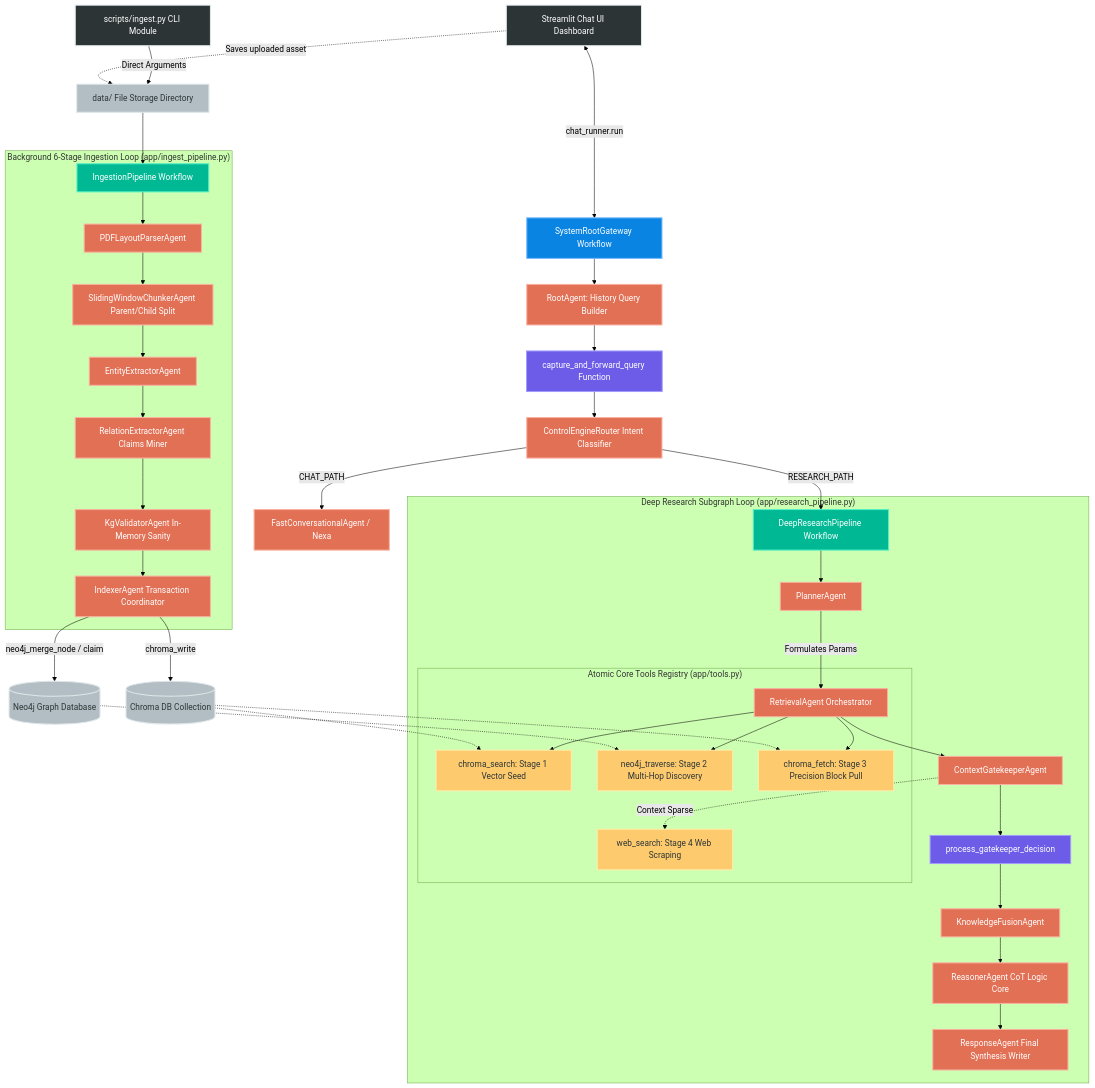
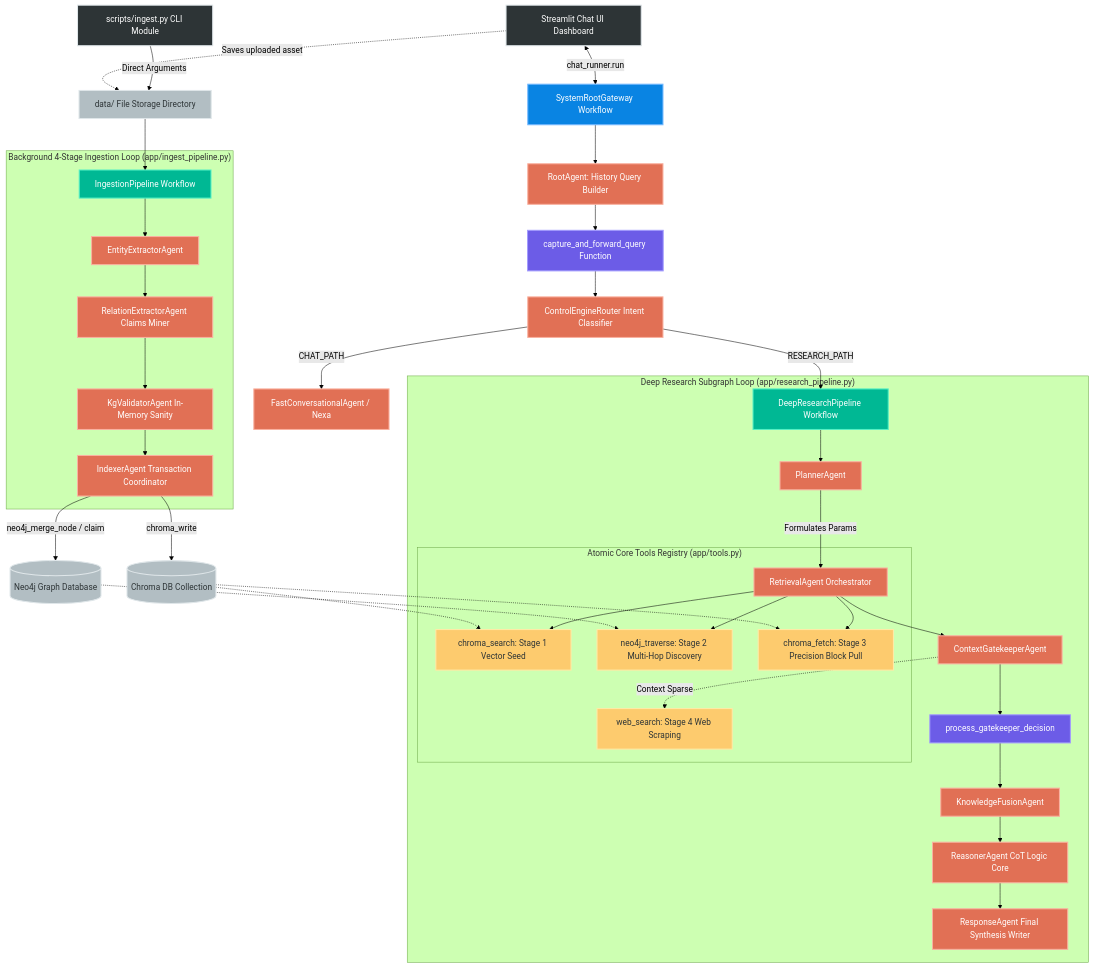
Before and after one commit to ranapratapmajee/nexusmind-adk: the first of 2 diagrams in README.md, drawn with Mermaid (forest theme). The commit also changed other lines of this file and 9 other files, not shown here.

````diff
--- a/README.md
+++ b/README.md
@@ -35,66 +39,64 @@
 ```mermaid
 graph TD
     %% Component Style Classes
     classDef client fill:#2d3436,stroke:#dfe6e9,stroke-width:2px,color:#fff;
     classDef orchestrator fill:#0984e3,stroke:#74b9ff,stroke-width:2px,color:#fff;
     classDef control fill:#6c5ce7,stroke:#a29bfe,stroke-width:2px,color:#fff;
     classDef workflow fill:#00b894,stroke:#55efc4,stroke-width:2px,color:#fff;
     classDef agent fill:#e17055,stroke:#fab1a0,stroke-width:2px,color:#fff;
     classDef tool fill:#fdcb6e,stroke:#ffeaa7,stroke-width:2px,color:#2d3436;
     classDef storage fill:#b2bec3,stroke:#dfe6e9,stroke-width:2px,color:#2d3436;
 
     %% Presentation Layer
     UI[Streamlit Chat UI Dashboard]:::client <--> |chat_runner.run| RootGateway[SystemRootGateway Workflow]:::orchestrator
     CLI[scripts/ingest.py CLI Module]:::client --> |Direct Arguments| DataFolder[data/ File Storage Directory]:::storage
     UI -.-> |Saves uploaded asset| DataFolder
 
     %% Gateway Routing Subsystem
     RootGateway --> RootAgent[RootAgent: History Query Builder]:::agent
     RootAgent --> Interceptor[capture_and_forward_query Function]:::control
     Interceptor --> Router[ControlEngineRouter Intent Classifier]:::agent
     
     Router --> |CHAT_PATH| FastAgent[FastConversationalAgent / Nexa]:::agent
     Router --> |RESEARCH_PATH| DeepResearch[DeepResearchPipeline Workflow]:::workflow
 
     %% Deep Research Interleaved Loop
     subgraph Deep_Research_Pipeline ["Deep Research Subgraph Loop (app/research_pipeline.py)"]
         DeepResearch --> Planner[PlannerAgent]:::agent
         Planner --> |Formulates Params| Retrieval[RetrievalAgent Orchestrator]:::agent
         
         %% Atomic Tools
         subgraph Tool_Registry ["Atomic Core Tools Registry (app/tools.py)"]
             Retrieval --> T1[chroma_search: Stage 1 Vector Seed]:::tool
             Retrieval --> T2[neo4j_traverse: Stage 2 Multi-Hop Discovery]:::tool
             Retrieval --> T3[chroma_fetch: Stage 3 Precision Block Pull]:::tool
             T4[web_search: Stage 4 Web Scraping]:::tool
         end
         
         Retrieval --> Gatekeeper[ContextGatekeeperAgent]:::agent
         Gatekeeper -.-> |Context Sparse| T4
         Gatekeeper --> GateInterceptor[process_gatekeeper_decision]:::control
         
         GateInterceptor --> Fusion[KnowledgeFusionAgent]:::agent
         Fusion --> Reasoner[ReasonerAgent CoT Logic Core]:::agent
         Reasoner --> Responder[ResponseAgent Final Synthesis Writer]:::agent
     end
 
     %% Ingestion Lane Setup
     DataFolder --> IngestWorkflow[IngestionPipeline Workflow]:::workflow
     
-    subgraph Ingestion_Pipeline ["Background 6-Stage Ingestion Loop (app/ingest_pipeline.py)"]
-        IngestWorkflow --> Parser[PDFLayoutParserAgent]:::agent
-        Parser --> Chunker[SlidingWindowChunkerAgent Parent/Child Split]:::agent
-        Chunker --> EntityExt[EntityExtractorAgent]:::agent
+    subgraph Ingestion_Pipeline ["Background 4-Stage Ingestion Loop (app/ingest_pipeline.py)"]
+        IngestWorkflow --> EntityExt[EntityExtractorAgent]:::agent
         EntityExt --> RelExt[RelationExtractorAgent Claims Miner]:::agent
         RelExt --> KGVal[KgValidatorAgent In-Memory Sanity]:::agent
         KGVal --> Indexer[IndexerAgent Transaction Coordinator]:::agent
     end
 
     %% Storage Hooks
     Indexer --> |chroma_write| ChromaStore[(Chroma DB Collection)]:::storage
     Indexer --> |neo4j_merge_node / claim| Neo4jStore[(Neo4j Graph Database)]:::storage
     
     ChromaStore -.-> T1 & T3
     Neo4jStore -.-> T2
 
 ```
````
